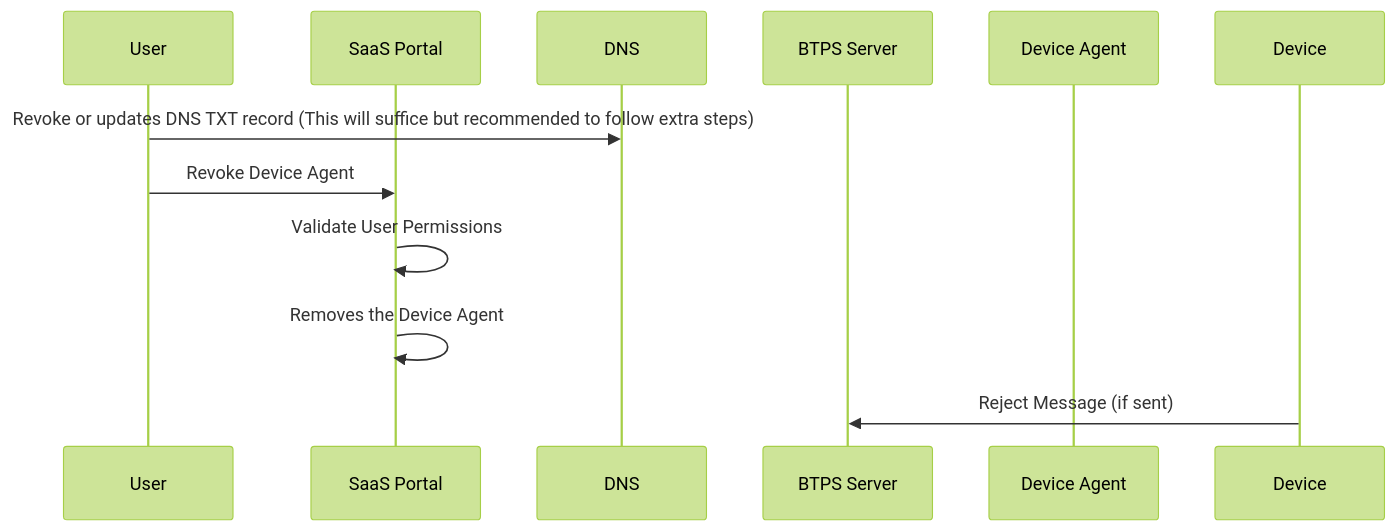
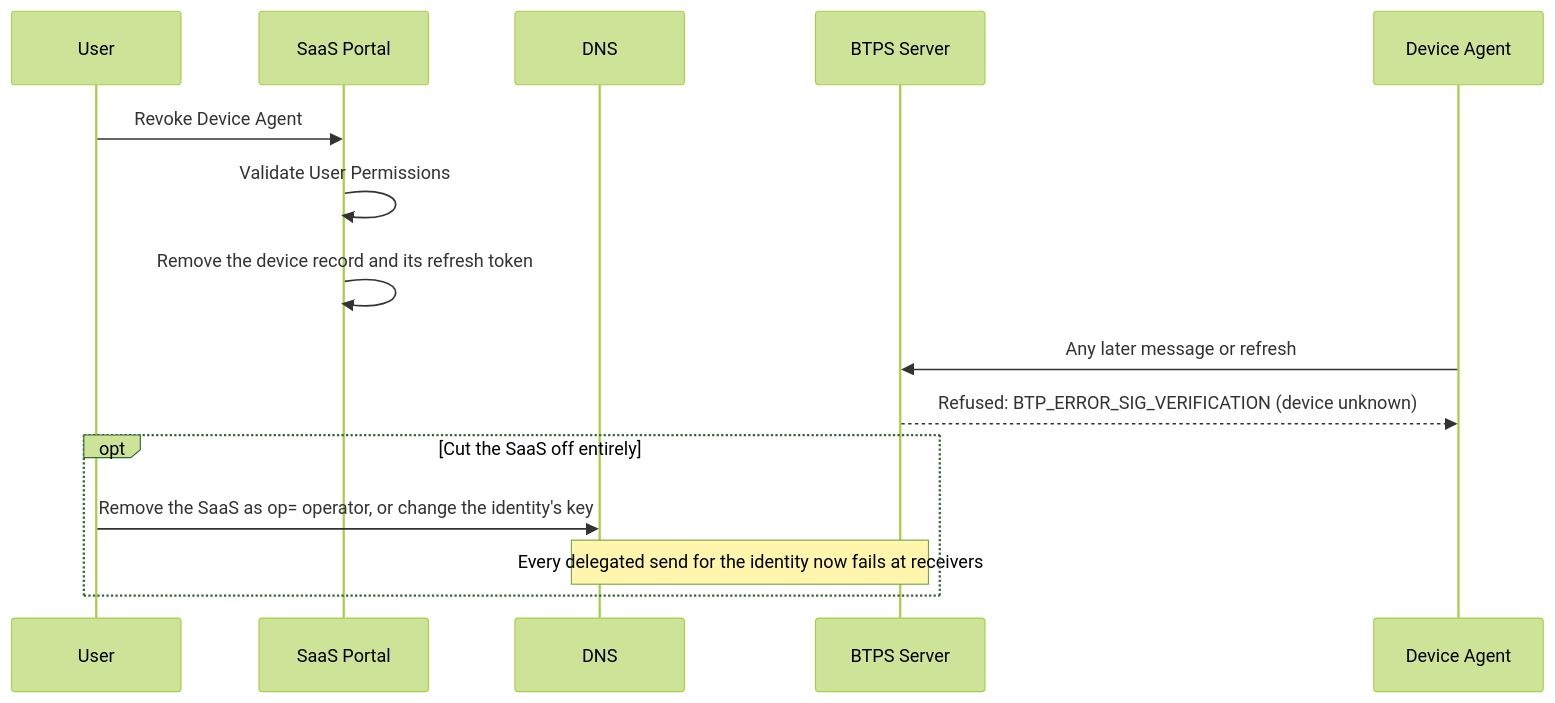
The second of 2 diagrams in docs/docusaurus/docs/protocol/delegation/revocation.md (openbtps/btps-node), drawn with Mermaid (forest theme) before and after one commit. The commit also changed other lines of this file and 26 other files, not shown here.

First line of the commit message:
Docs: bring every diagram in line with 1.1

````diff
--- a/docs/docusaurus/docs/protocol/delegation/revocation.md
+++ b/docs/docusaurus/docs/protocol/delegation/revocation.md
@@ -65,14 +68,18 @@
 ```mermaid
 sequenceDiagram
     participant User
     participant SaaS Portal
     participant DNS
     participant BTPS Server
     participant Device Agent
 
-    User->>DNS: Revoke or updates DNS TXT record (This will suffice but recommended to follow extra steps)
     User->>SaaS Portal: Revoke Device Agent
     SaaS Portal->>SaaS Portal: Validate User Permissions
-    SaaS Portal->>SaaS Portal: Removes the Device Agent
-    Device->>BTPS Server: Reject Message (if sent)
+    SaaS Portal->>SaaS Portal: Remove the device record and its refresh token
+    Device Agent->>BTPS Server: Any later message or refresh
+    BTPS Server-->>Device Agent: Refused: BTP_ERROR_SIG_VERIFICATION (device unknown)
+    opt Cut the SaaS off entirely
+        User->>DNS: Remove the SaaS as op= operator, or change the identity's key
+        Note over DNS,BTPS Server: Every delegated send for the identity now fails at receivers
+    end
 ```
````
